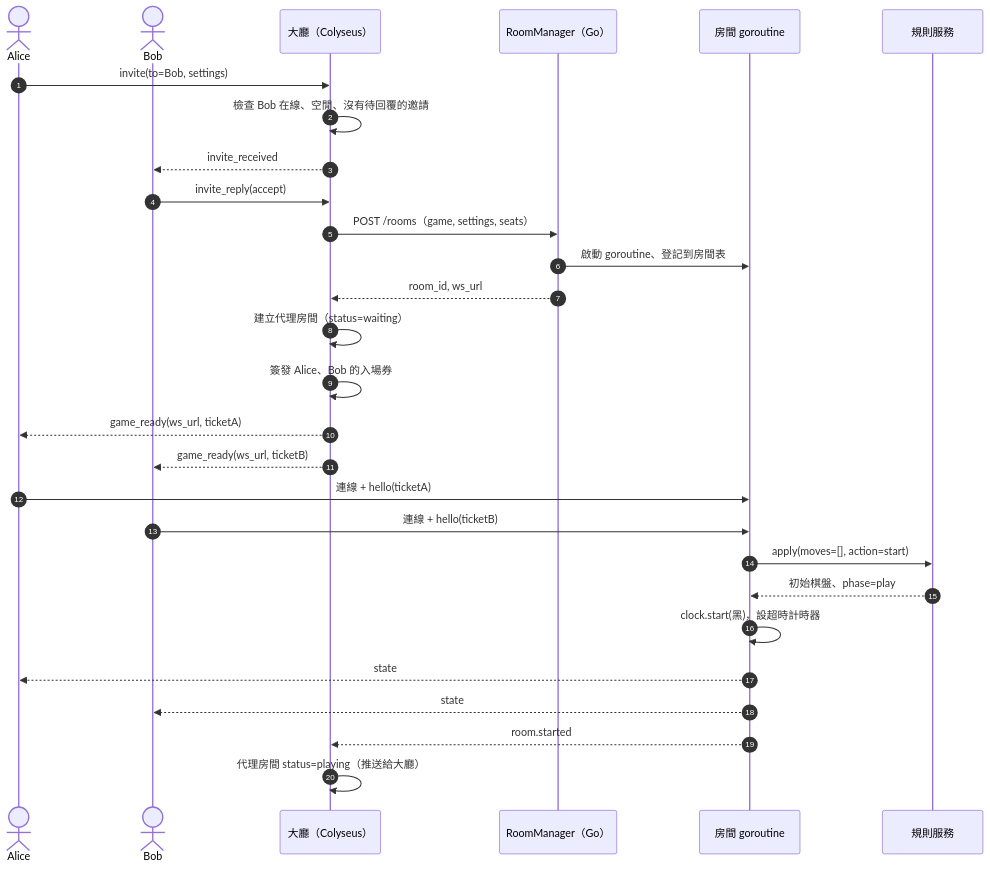
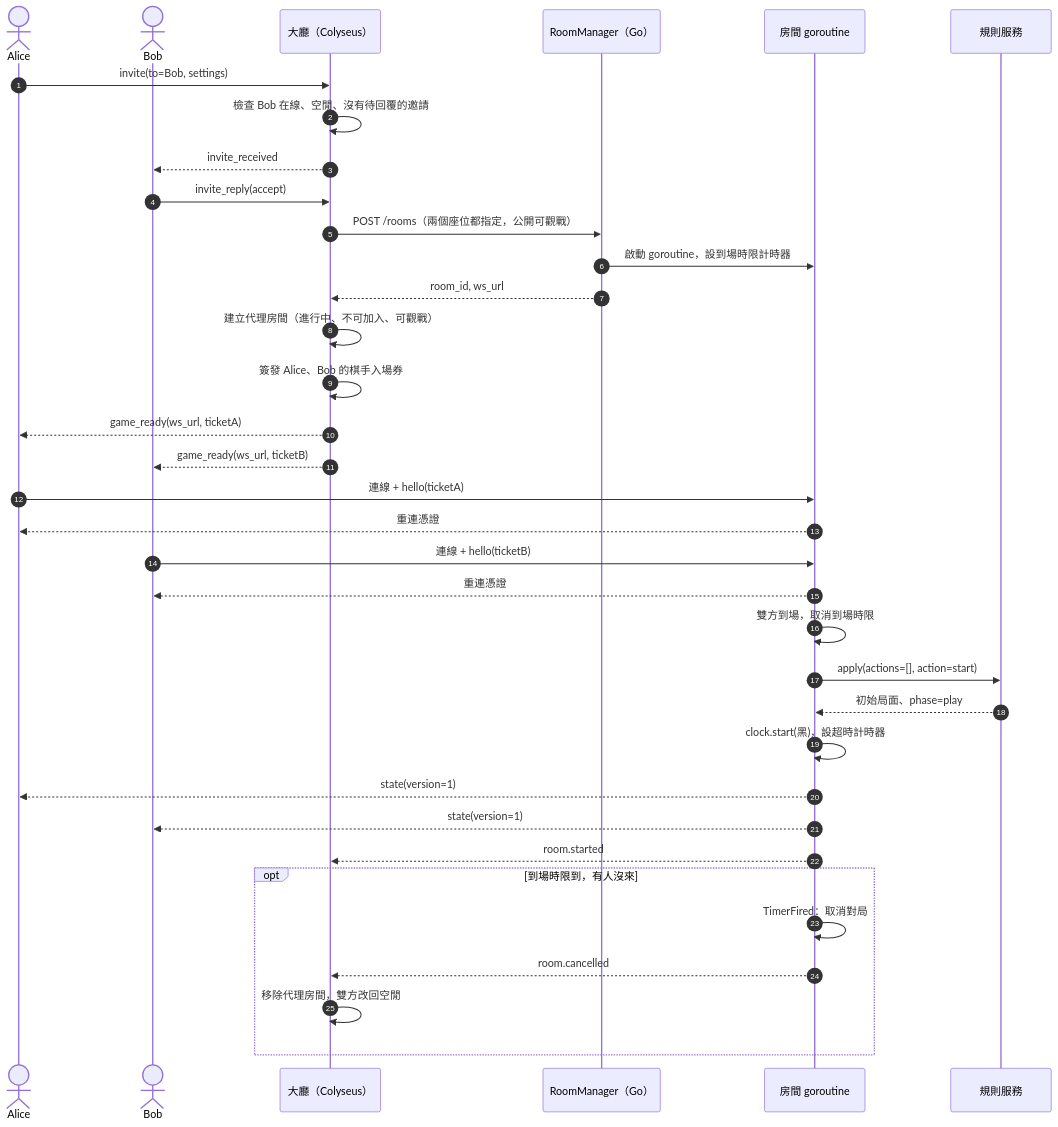
The second of 5 diagrams in docs/arch2.md (yshsu0918/yi-arena), drawn with Mermaid before and after one commit. The commit also changed other lines of this file, not shown here.

First line of the commit message:
arch2: add spectating, open rooms, server versioning, full action log for rules service, attendance timeout, tickets and reconnect tokens

````diff
--- a/docs/arch2.md
+++ b/docs/arch2.md
@@ -154,31 +196,39 @@
 ```mermaid
 sequenceDiagram
   autonumber
   actor A as Alice
   actor B as Bob
   participant L as 大廳（Colyseus）
   participant M as RoomManager（Go）
   participant R as 房間 goroutine
   participant S as 規則服務
 
   A->>L: invite(to=Bob, settings)
   L->>L: 檢查 Bob 在線、空閒、沒有待回覆的邀請
   L-->>B: invite_received
   B->>L: invite_reply(accept)
-  L->>M: POST /rooms（game, settings, seats）
-  M->>R: 啟動 goroutine、登記到房間表
+  L->>M: POST /rooms（兩個座位都指定，公開可觀戰）
+  M->>R: 啟動 goroutine，設到場時限計時器
   M-->>L: room_id, ws_url
-  L->>L: 建立代理房間（status=waiting）
-  L->>L: 簽發 Alice、Bob 的入場券
+  L->>L: 建立代理房間（進行中、不可加入、可觀戰）
+  L->>L: 簽發 Alice、Bob 的棋手入場券
   L-->>A: game_ready(ws_url, ticketA)
   L-->>B: game_ready(ws_url, ticketB)
   A->>R: 連線 + hello(ticketA)
+  R-->>A: 重連憑證
   B->>R: 連線 + hello(ticketB)
-  R->>S: apply(moves=[], action=start)
-  S-->>R: 初始棋盤、phase=play
+  R-->>B: 重連憑證
+  R->>R: 雙方到場，取消到場時限
+  R->>S: apply(actions=[], action=start)
+  S-->>R: 初始局面、phase=play
   R->>R: clock.start(黑)，設超時計時器
-  R-->>A: state
-  R-->>B: state
+  R-->>A: state(version=1)
+  R-->>B: state(version=1)
   R-->>L: room.started
-  L->>L: 代理房間 status=playing（推送給大廳）
+
+  opt 到場時限到，有人沒來
+    R->>R: TimerFired：取消對局
+    R-->>L: room.cancelled
+    L->>L: 移除代理房間，雙方改回空閒
+  end
 ```
````
